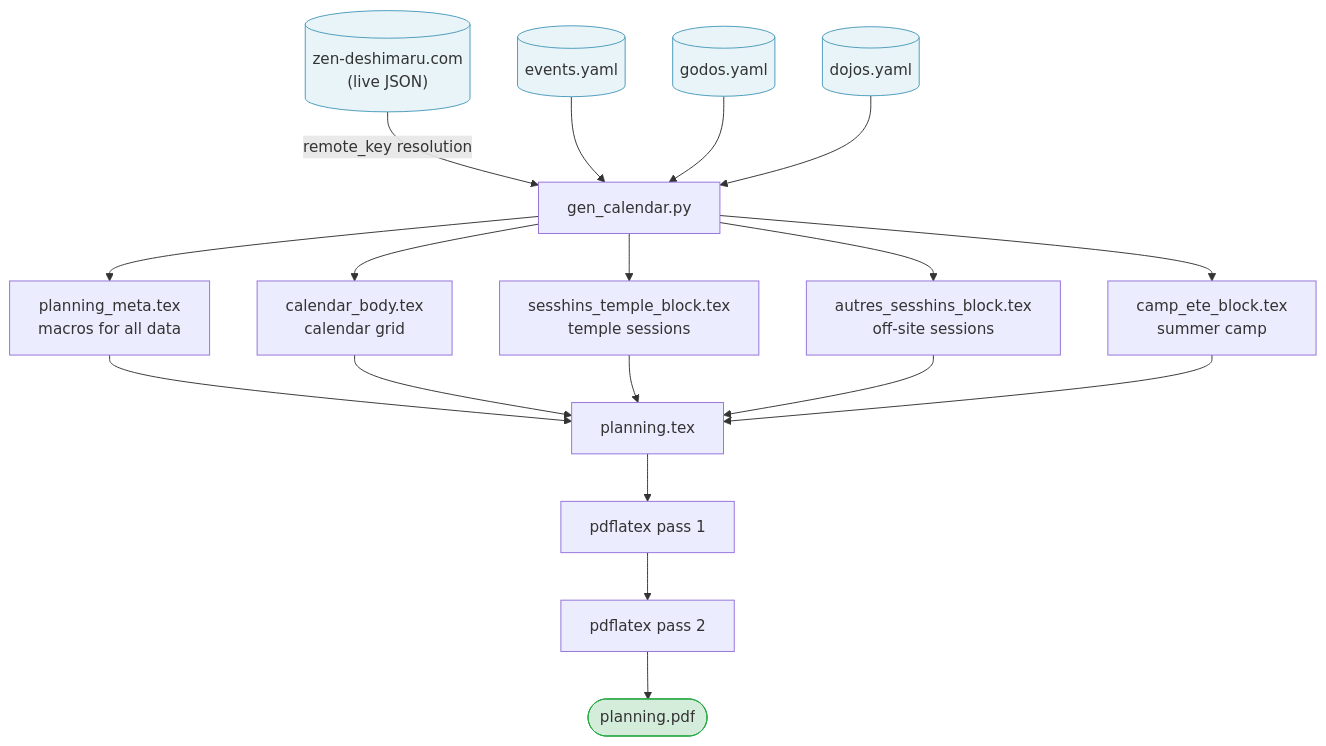
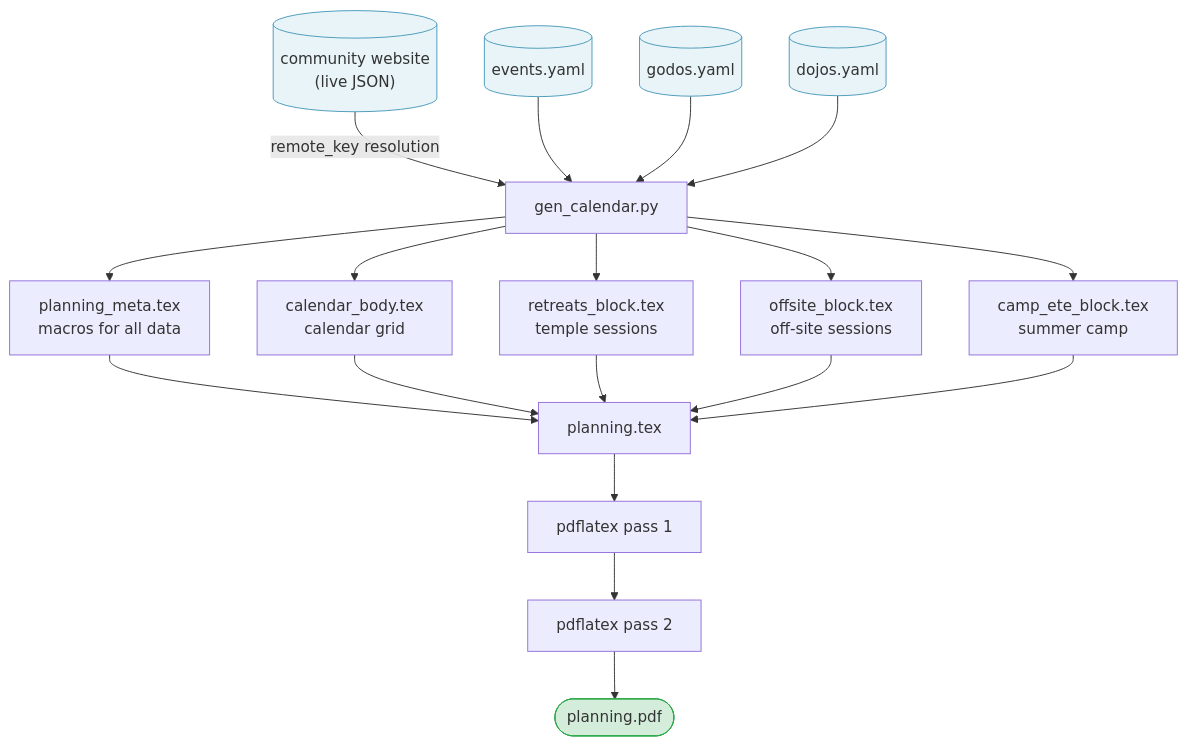
Before and after one commit to olivier-carrere/redaction-technique.org: the diagram in src/content/blog/planning-poster-layout-data-generation-separation.mdx, drawn with Mermaid. The commit also changed other lines of this file, not shown here.

Commit message:
fix(blog): update diagram filenames and URL label after repo renames

````diff
--- a/src/content/blog/planning-poster-layout-data-generation-separation.mdx
+++ b/src/content/blog/planning-poster-layout-data-generation-separation.mdx
@@ -47,28 +47,28 @@
 ```mermaid
 flowchart TD
-    R[("zen-deshimaru.com<br/>(live JSON)")] -->|remote_key resolution| G
+    R[("community website<br/>(live JSON)")] -->|remote_key resolution| G
     EV[(events.yaml)] --> G
     GO[(godos.yaml)] --> G
     DO[(dojos.yaml)] --> G
     G[gen_calendar.py] --> M[planning_meta.tex<br/>macros for all data]
     G --> CB[calendar_body.tex<br/>calendar grid]
-    G --> ST[sesshins_temple_block.tex<br/>temple sessions]
-    G --> AS[autres_sesshins_block.tex<br/>off-site sessions]
+    G --> ST[retreats_block.tex<br/>temple sessions]
+    G --> AS[offsite_block.tex<br/>off-site sessions]
     G --> CE[camp_ete_block.tex<br/>summer camp]
 
     M --> P[planning.tex]
     CB --> P
     ST --> P
     AS --> P
     CE --> P
 
     P --> L1[pdflatex pass 1]
     L1 --> L2[pdflatex pass 2]
     L2 --> F([planning.pdf])
 
     style R fill:#e8f4f8,stroke:#4a9abb
     style EV fill:#e8f4f8,stroke:#4a9abb
     style GO fill:#e8f4f8,stroke:#4a9abb
     style DO fill:#e8f4f8,stroke:#4a9abb
     style F fill:#d4edda,stroke:#28a745
 ```
````
